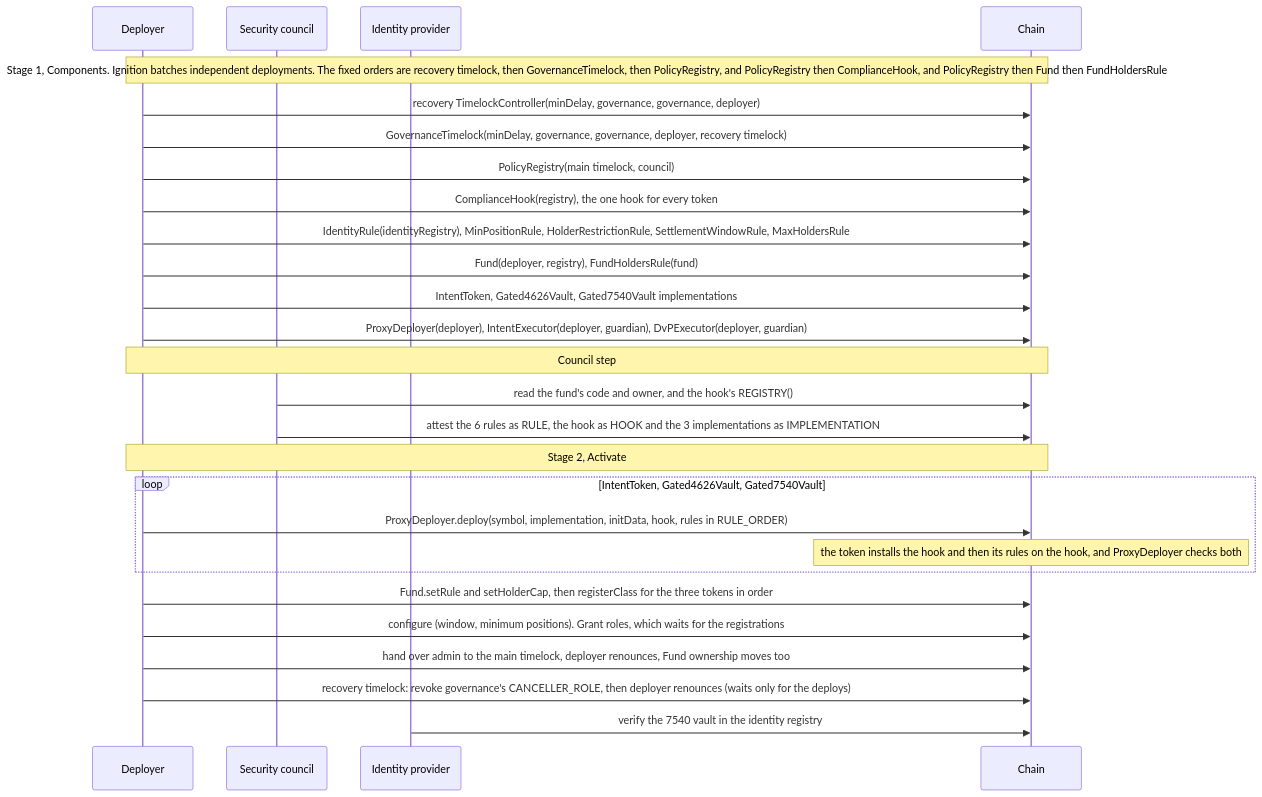
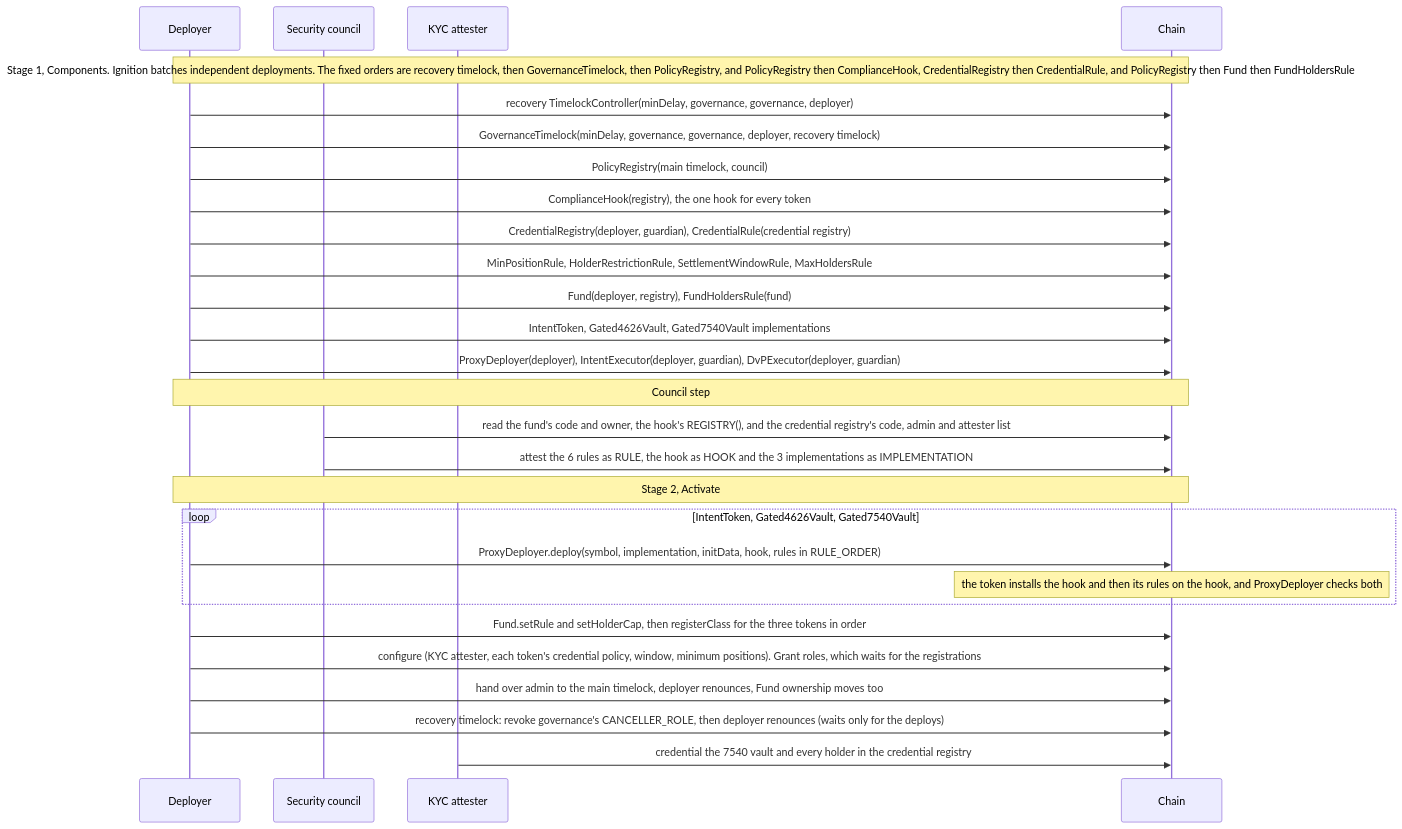
Before and after one commit to fepvenancio/rwa-token: the sixth of 6 diagrams in docs/governance-and-deployment.md, drawn with Mermaid. The commit also changed other lines of this file and 24 other files, not shown here.

````diff
--- a/docs/governance-and-deployment.md
+++ b/docs/governance-and-deployment.md
@@ -342,32 +347,33 @@
 ```mermaid
 sequenceDiagram
   participant D as Deployer
   participant Co as Security council
-  participant IP as Identity provider
+  participant KA as KYC attester
   participant Ch as Chain
 
-  Note over D,Ch: Stage 1, Components. Ignition batches independent deployments. The fixed orders are recovery timelock, then GovernanceTimelock, then PolicyRegistry, and PolicyRegistry then ComplianceHook, and PolicyRegistry then Fund then FundHoldersRule
+  Note over D,Ch: Stage 1, Components. Ignition batches independent deployments. The fixed orders are recovery timelock, then GovernanceTimelock, then PolicyRegistry, and PolicyRegistry then ComplianceHook, CredentialRegistry then CredentialRule, and PolicyRegistry then Fund then FundHoldersRule
   D->>Ch: recovery TimelockController(minDelay, governance, governance, deployer)
   D->>Ch: GovernanceTimelock(minDelay, governance, governance, deployer, recovery timelock)
   D->>Ch: PolicyRegistry(main timelock, council)
   D->>Ch: ComplianceHook(registry), the one hook for every token
-  D->>Ch: IdentityRule(identityRegistry), MinPositionRule, HolderRestrictionRule, SettlementWindowRule, MaxHoldersRule
+  D->>Ch: CredentialRegistry(deployer, guardian), CredentialRule(credential registry)
+  D->>Ch: MinPositionRule, HolderRestrictionRule, SettlementWindowRule, MaxHoldersRule
   D->>Ch: Fund(deployer, registry), FundHoldersRule(fund)
   D->>Ch: IntentToken, Gated4626Vault, Gated7540Vault implementations
   D->>Ch: ProxyDeployer(deployer), IntentExecutor(deployer, guardian), DvPExecutor(deployer, guardian)
 
   Note over D,Ch: Council step
-  Co->>Ch: read the fund's code and owner, and the hook's REGISTRY()
+  Co->>Ch: read the fund's code and owner, the hook's REGISTRY(), and the credential registry's code, admin and attester list
   Co->>Ch: attest the 6 rules as RULE, the hook as HOOK and the 3 implementations as IMPLEMENTATION
 
   Note over D,Ch: Stage 2, Activate
   loop IntentToken, Gated4626Vault, Gated7540Vault
     D->>Ch: ProxyDeployer.deploy(symbol, implementation, initData, hook, rules in RULE_ORDER)
     Note over Ch: the token installs the hook and then its rules on the hook, and ProxyDeployer checks both
   end
   D->>Ch: Fund.setRule and setHolderCap, then registerClass for the three tokens in order
-  D->>Ch: configure (window, minimum positions). Grant roles, which waits for the registrations
+  D->>Ch: configure (KYC attester, each token's credential policy, window, minimum positions). Grant roles, which waits for the registrations
   D->>Ch: hand over admin to the main timelock, deployer renounces, Fund ownership moves too
   D->>Ch: recovery timelock: revoke governance's CANCELLER_ROLE, then deployer renounces (waits only for the deploys)
-  IP->>Ch: verify the 7540 vault in the identity registry
+  KA->>Ch: credential the 7540 vault and every holder in the credential registry
 ```
````
